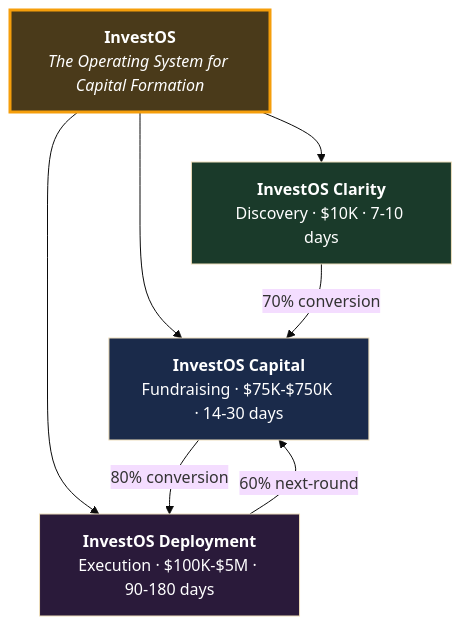
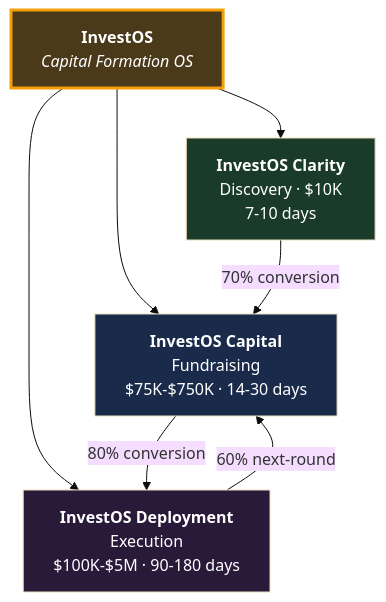
One commit to Light-Brands/qie changed the second of 3 diagrams in docs/GETTING-STARTED.md. Above: the diagram before and after it, drawn with Mermaid (base theme). The commit also changed 4 other files, not shown here.

First line of the commit message:
Fix Mermaid diagram label truncation across all docs

````diff
--- a/docs/GETTING-STARTED.md
+++ b/docs/GETTING-STARTED.md
@@ -195,17 +195,17 @@
 ```mermaid
 flowchart TD
-    INV["<b>InvestOS</b><br/><i>The Operating System for Capital Formation</i>"]
+    INV["<b>InvestOS</b><br/><i>Capital Formation OS</i>"]
 
-    INV --> IC["<b>InvestOS Clarity</b><br/>Discovery · $10K · 7-10 days"]
-    INV --> II["<b>InvestOS Capital</b><br/>Fundraising · $75K-$750K · 14-30 days"]
-    INV --> ID["<b>InvestOS Deployment</b><br/>Execution · $100K-$5M · 90-180 days"]
+    INV --> IC["<b>InvestOS Clarity</b><br/>Discovery · $10K<br/>7-10 days"]
+    INV --> II["<b>InvestOS Capital</b><br/>Fundraising<br/>$75K-$750K · 14-30 days"]
+    INV --> ID["<b>InvestOS Deployment</b><br/>Execution<br/>$100K-$5M · 90-180 days"]
 
     IC -->|"70% conversion"| II
     II -->|"80% conversion"| ID
     ID -->|"60% next-round"| II
 
     style INV fill:#4a3a1a,color:#fff,stroke:#f59e0b,stroke-width:3px
     style IC fill:#1a3a2a,color:#fff
     style II fill:#1a2a4a,color:#fff
     style ID fill:#2a1a3a,color:#fff
 ```
````
